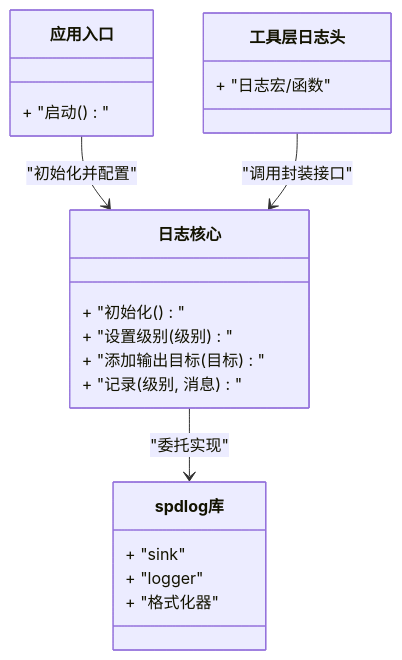
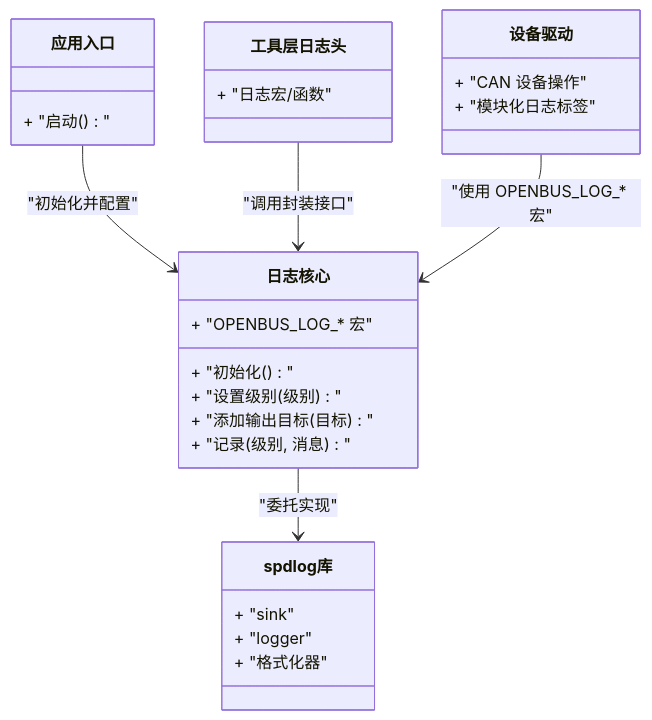
Before and after one commit to jakecai1225-design/OpenBus: the second of 4 diagrams in .qoder/repowiki/zh/content/核心模块详解/日志系统.md, drawn with Mermaid. The commit also changed other lines of this file and 15 other files, not shown here.

````diff
--- a/.qoder/repowiki/zh/content/核心模块详解/日志系统.md
+++ b/.qoder/repowiki/zh/content/核心模块详解/日志系统.md
@@ -80,23 +109,29 @@
 ```mermaid
 classDiagram
 class 日志核心 {
 + "初始化()"
 + "设置级别(级别)"
 + "添加输出目标(目标)"
 + "记录(级别, 消息)"
++ "OPENBUS_LOG_* 宏"
 }
 class spdlog库 {
 + "sink"
 + "logger"
 + "格式化器"
 }
 class 工具层日志头 {
 + "日志宏/函数"
 }
 class 应用入口 {
 + "启动()"
 }
+class 设备驱动 {
++ "CAN 设备操作"
++ "模块化日志标签"
+}
 应用入口 --> 日志核心 : "初始化并配置"
 工具层日志头 --> 日志核心 : "调用封装接口"
+设备驱动 --> 日志核心 : "使用 OPENBUS_LOG_* 宏"
 日志核心 --> spdlog库 : "委托实现"
 ```
````
